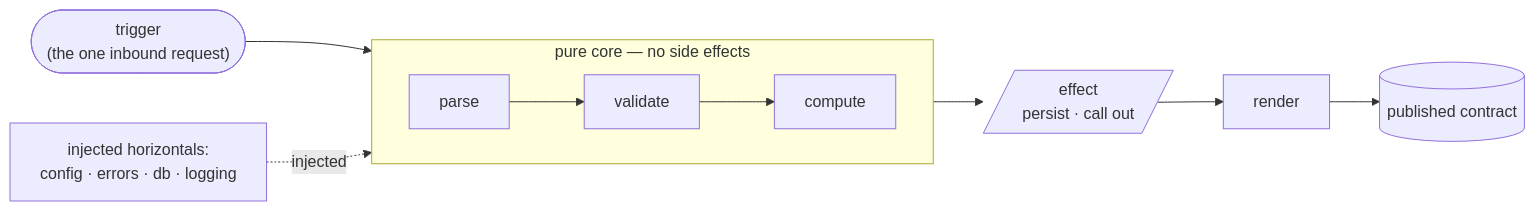
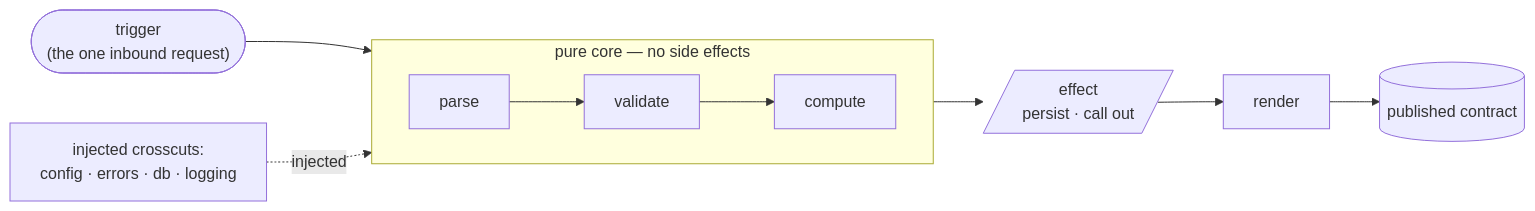
One commit to throw-if-null/coral changed the diagram in ARCHITECTURE.md. Above: the diagram before and after it, drawn with Mermaid. The commit also changed other lines of this file and 33 other files, not shown here.

````diff
--- a/ARCHITECTURE.md
+++ b/ARCHITECTURE.md
@@ -137,13 +137,13 @@
 ```mermaid
 flowchart LR
   T(["trigger<br/>(the one inbound request)"]) --> CORE
   subgraph CORE["pure core — no side effects"]
     direction LR
     P[parse] --> V[validate] --> C[compute]
   end
   CORE --> E[/"effect<br/>persist · call out"/]
   E --> R[render]
   R --> SK[("published contract")]
-  SYM["injected horizontals:<br/>config · errors · db · logging"]
+  SYM["injected crosscuts:<br/>config · errors · db · logging"]
   SYM -. injected .-> CORE
 ```
````
